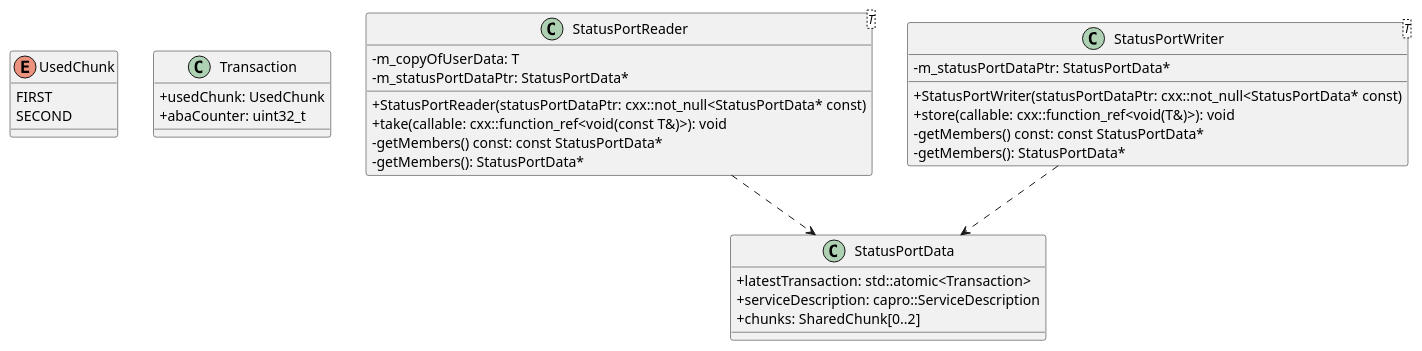
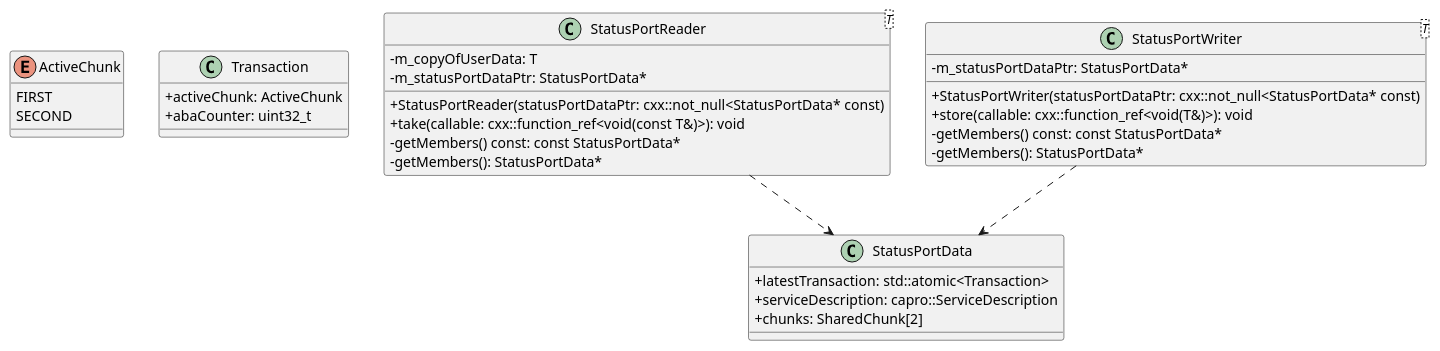
Before and after one commit to ApexAI/iceoryx: the diagram in doc/design/diagrams/status-port/status-port-writer-reader-data.puml, drawn with PlantUML. The commit also changed 2 other files, not shown here.

Commit message:
Rename UsedChunk to ActiveChunk

```diff
--- a/doc/design/diagrams/status-port/status-port-writer-reader-data.puml
+++ b/doc/design/diagrams/status-port/status-port-writer-reader-data.puml
@@ -1,42 +1,42 @@
 @startuml
 
 skinparam classAttributeIconSize 0
 
-enum UsedChunk {
+enum ActiveChunk {
   FIRST
   SECOND
 }
 
 class Transaction {
-  +usedChunk: UsedChunk
+  +activeChunk: ActiveChunk
   +abaCounter: uint32_t
 }
 
 class StatusPortData {
   +latestTransaction: std::atomic<Transaction>
   +serviceDescription: capro::ServiceDescription
-  +chunks: SharedChunk[0..2]
+  +chunks: SharedChunk[2]
 }
 
 class StatusPortReader<T> {
   +StatusPortReader(statusPortDataPtr: cxx::not_null<StatusPortData* const)
   +take(callable: cxx::function_ref<void(const T&)>): void
   -getMembers() const: const StatusPortData*
   -getMembers(): StatusPortData*
   -m_copyOfUserData: T
   -m_statusPortDataPtr: StatusPortData*
 }
 
 
 class StatusPortWriter<T> {
   +StatusPortWriter(statusPortDataPtr: cxx::not_null<StatusPortData* const)
   +store(callable: cxx::function_ref<void(T&)>): void
   -getMembers() const: const StatusPortData*
   -getMembers(): StatusPortData*
   -m_statusPortDataPtr: StatusPortData*
 }
 
 StatusPortWriter ..> StatusPortData
 StatusPortReader ..> StatusPortData
 
 @enduml
```
